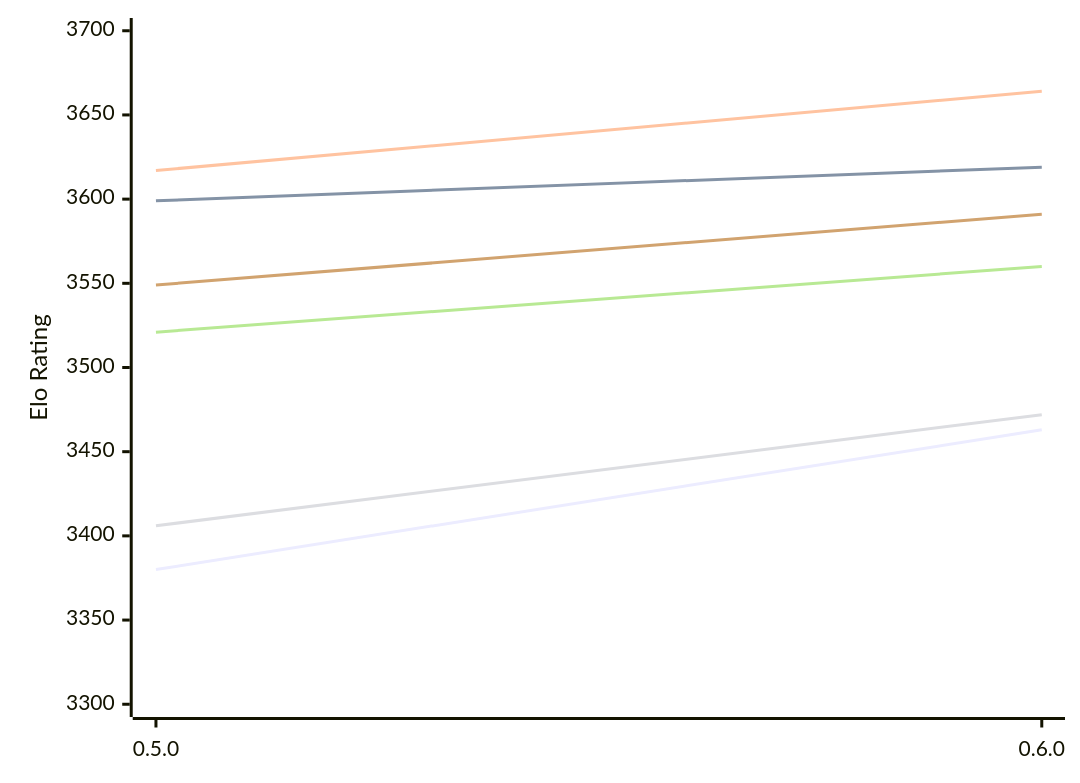
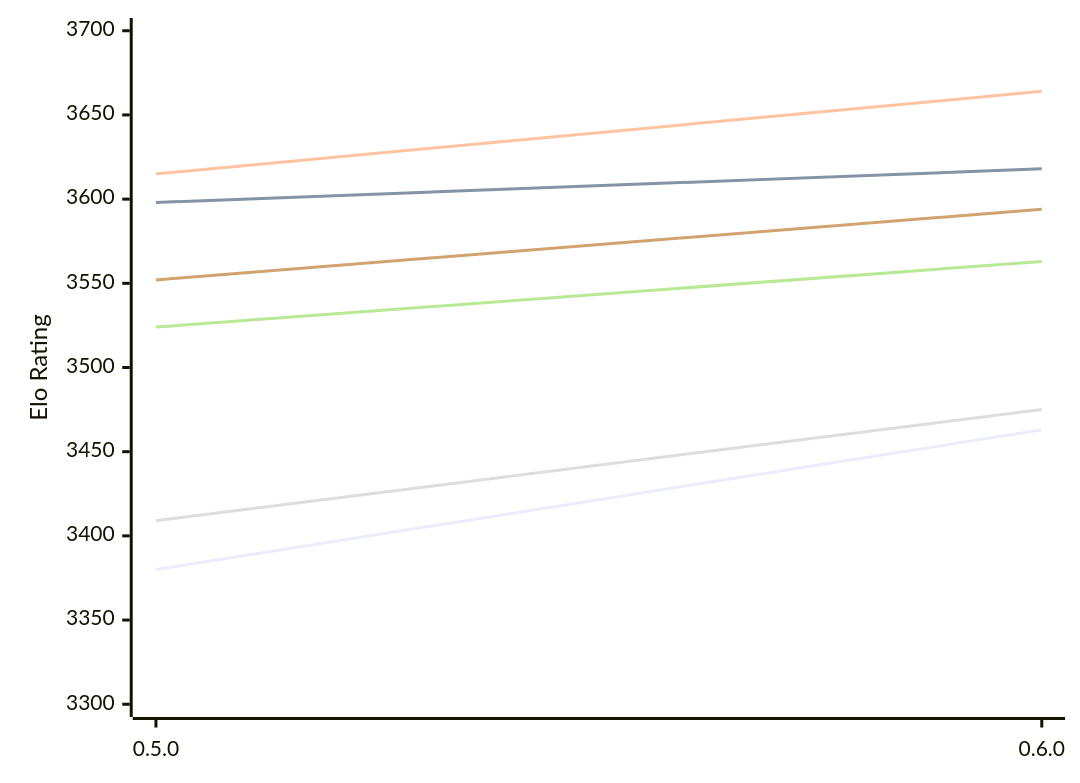
One commit to computer-chess-index/cci changed the diagram in engines/Incipit.md. Above: the diagram before and after it, drawn with Mermaid. The commit also changed other lines of this file, not shown here.

Commit message:
Update CCI Ratings (ELO VLTC) - 2026-11-24

````diff
--- a/engines/Incipit.md
+++ b/engines/Incipit.md
@@ -49,12 +49,12 @@
 ```mermaid
 %%{init: {"theme":"base","themeVariables":{"seriesColors:['#a3a3a3','#222221','#faa371']}}}%%
 xychart-beta
   x-axis ["0.5.0", "0.6.0"]
   y-axis "Elo Rating" 3300 --> 3700
   line "E1: STC (8.0+0.08s)" [3380, 3463]
-  line "E1: LTC (60.0+0.60s)" [3599, 3619]
-  line "E1: VLTC (2m24s+1.12s)" [3617, 3664]
-  line "P1: STC (8.0+0.08s)" [3406, 3472]
-  line "P1: LTC (60.0+0.60s)" [3521, 3560]
-  line "P1: VLTC (2m24s+1.12s)" [3549, 3591]
+  line "E1: LTC (60.0+0.60s)" [3598, 3618]
+  line "E1: VLTC (2m24s+1.12s)" [3615, 3664]
+  line "P1: STC (8.0+0.08s)" [3409, 3475]
+  line "P1: LTC (60.0+0.60s)" [3524, 3563]
+  line "P1: VLTC (2m24s+1.12s)" [3552, 3594]
 ```
````
